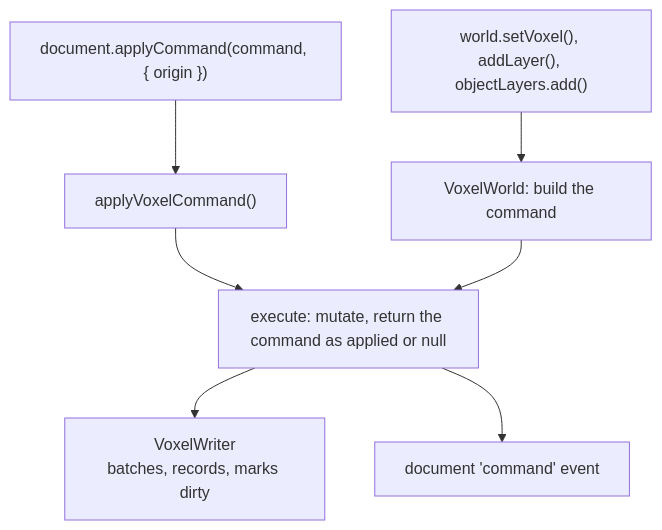
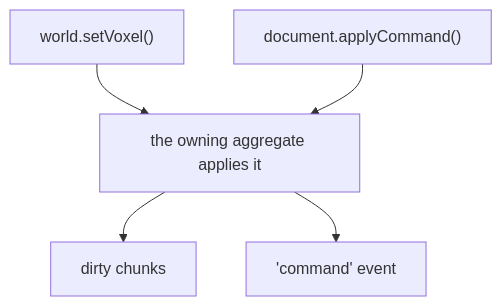
Before and after one commit to JollyPixel/editor: the third of 5 diagrams in packages/voxel-renderer/ARCHITECTURE.md, drawn with Mermaid. The commit also changed other lines of this file and 26 other files, not shown here.

Commit message:
docs(voxel-renderer): revamp README, Guides, Architecture & Glossary (#1115)

````diff
--- a/packages/voxel-renderer/ARCHITECTURE.md
+++ b/packages/voxel-renderer/ARCHITECTURE.md
@@ -42,9 +42,7 @@
 ```mermaid
 flowchart TB
-    Edit["world.setVoxel(), addLayer(), objectLayers.add()"] --> Dispatch["VoxelWorld: build the command"]
-    Remote["document.applyCommand(command, { origin })"] --> Apply["applyVoxelCommand()"]
-    Apply --> Execute
-    Dispatch --> Execute["execute: mutate, return the command as applied or null"]
-    Execute --> Writer["VoxelWriter<br/>batches, records, marks dirty"]
-    Execute --> Event["document 'command' event"]
+    Local["world.setVoxel()"] --> Apply["the owning aggregate applies it"]
+    Remote["document.applyCommand()"] --> Apply
+    Apply --> Dirty["dirty chunks"]
+    Apply --> Event["'command' event"]
 ```
````
